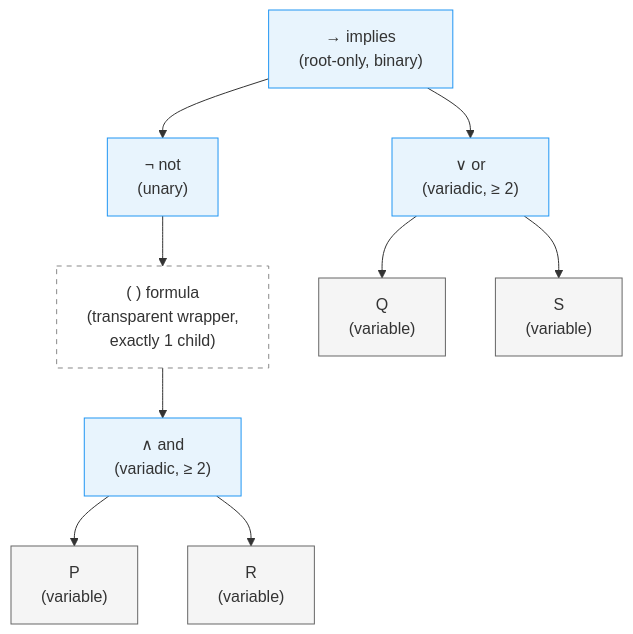
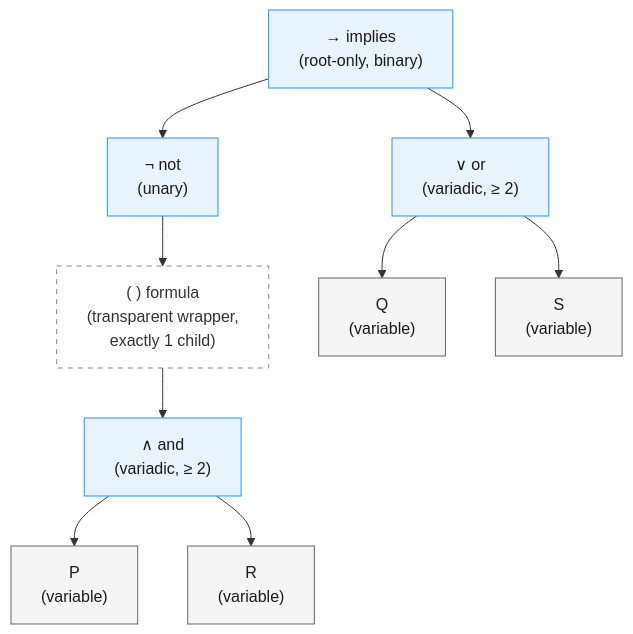
Before and after one commit to Proposit-App/proposit-core: the second of 4 diagrams in README.md, drawn with Mermaid. The commit also changed other lines of this file, not shown here.

Commit message:
fix: add explicit text color to Mermaid flowchart nodes for dark-mode contrast

````diff
--- a/README.md
+++ b/README.md
@@ -88,27 +88,27 @@
 ```mermaid
 flowchart TD
     IMP["→ implies\n(root-only, binary)"]
 
     IMP --> NOT["¬ not\n(unary)"]
     IMP --> OR["∨ or\n(variadic, ≥ 2)"]
 
     NOT --> FRM["( ) formula\n(transparent wrapper,\nexactly 1 child)"]
 
     FRM --> AND["∧ and\n(variadic, ≥ 2)"]
 
     AND --> P["P\n(variable)"]
     AND --> R["R\n(variable)"]
 
     OR --> Q["Q\n(variable)"]
     OR --> S["S\n(variable)"]
 
-    style IMP fill:#e8f4fd,stroke:#2196f3
-    style NOT fill:#e8f4fd,stroke:#2196f3
-    style AND fill:#e8f4fd,stroke:#2196f3
-    style OR fill:#e8f4fd,stroke:#2196f3
+    style IMP fill:#e8f4fd,stroke:#2196f3,color:#1a1a1a
+    style NOT fill:#e8f4fd,stroke:#2196f3,color:#1a1a1a
+    style AND fill:#e8f4fd,stroke:#2196f3,color:#1a1a1a
+    style OR fill:#e8f4fd,stroke:#2196f3,color:#1a1a1a
     style FRM fill:none,stroke:#888,stroke-dasharray: 5 5
-    style P fill:#f5f5f5,stroke:#666
-    style R fill:#f5f5f5,stroke:#666
-    style Q fill:#f5f5f5,stroke:#666
-    style S fill:#f5f5f5,stroke:#666
+    style P fill:#f5f5f5,stroke:#666,color:#1a1a1a
+    style R fill:#f5f5f5,stroke:#666,color:#1a1a1a
+    style Q fill:#f5f5f5,stroke:#666,color:#1a1a1a
+    style S fill:#f5f5f5,stroke:#666,color:#1a1a1a
 ```
````
